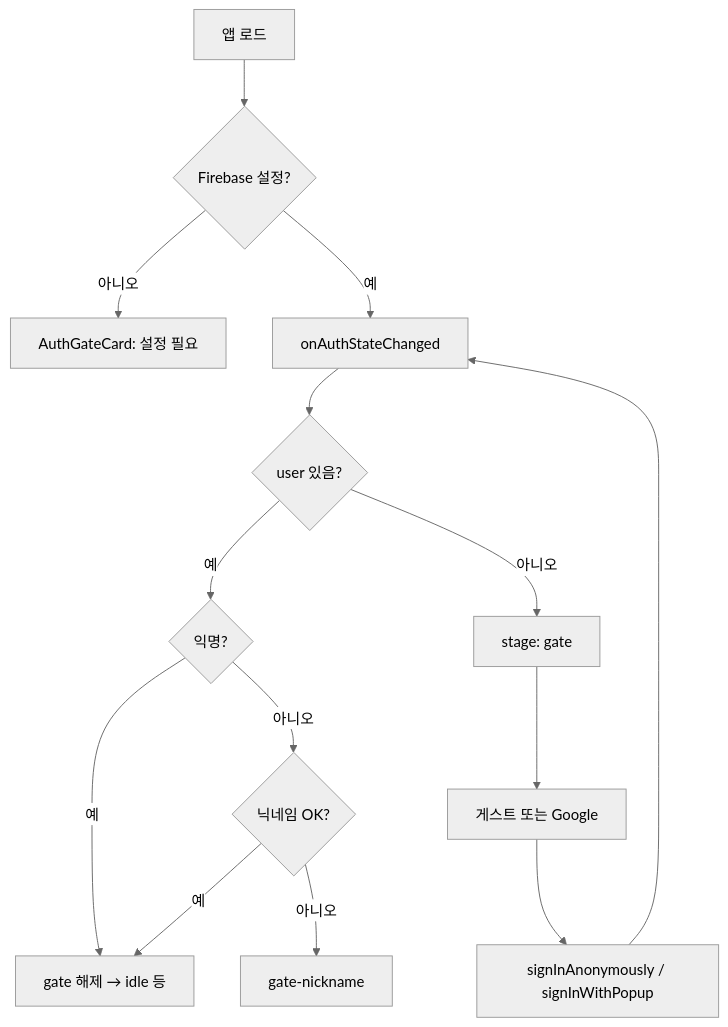
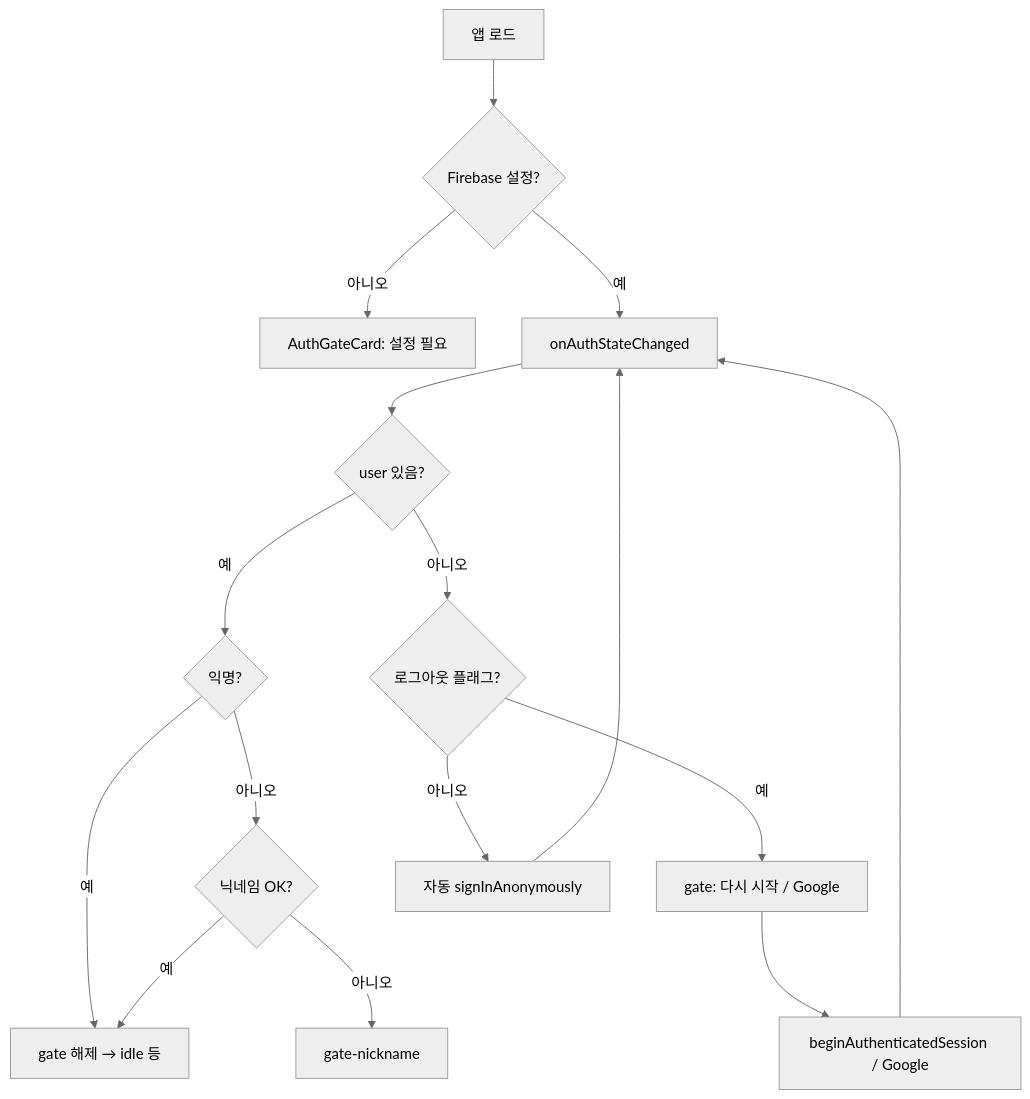
Before and after one commit to parkstery/boxcycle: the first of 2 diagrams in document/260515-로그인-인증-코드-위치-및-흐름-보고서.md, drawn with Mermaid (neutral theme). The commit also changed other lines of this file and 3 other files, not shown here.

````diff
--- a/document/260515-로그인-인증-코드-위치-및-흐름-보고서.md
+++ b/document/260515-로그인-인증-코드-위치-및-흐름-보고서.md
@@ -260,16 +254,18 @@
 ```mermaid
 flowchart TD
   A[앱 로드] --> B{Firebase 설정?}
   B -->|아니오| C[AuthGateCard: 설정 필요]
   B -->|예| D[onAuthStateChanged]
   D --> E{user 있음?}
   E -->|예| F{익명?}
   F -->|예| G[gate 해제 → idle 등]
   F -->|아니오| H{닉네임 OK?}
   H -->|아니오| I[gate-nickname]
   H -->|예| G
-  E -->|아니오| J[stage: gate]
-  J --> K[게스트 또는 Google]
-  K --> L[signInAnonymously / signInWithPopup]
+  E -->|아니오| J{로그아웃 플래그?}
+  J -->|예| K[gate: 다시 시작 / Google]
+  J -->|아니오| L[자동 signInAnonymously]
   L --> D
+  K --> M[beginAuthenticatedSession / Google]
+  M --> D
 ```
````
